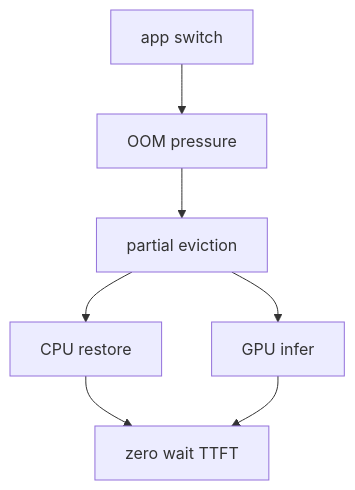
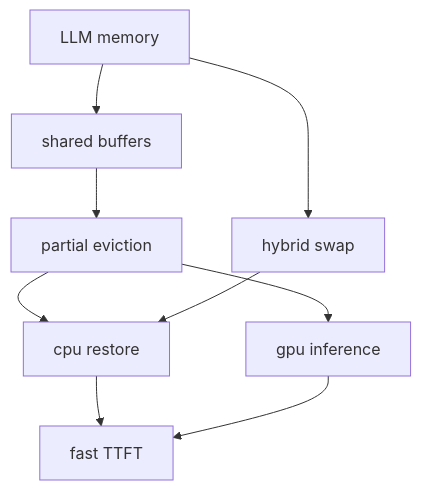
The eighth of 18 diagrams in digests/2026-09-02.md (Solvement/jarvis-digest), drawn with Mermaid before and after one commit. The commit also changed other lines of this file and 4 other files, not shown here.

````diff
--- a/digests/2026-09-02.md
+++ b/digests/2026-09-02.md
@@ -224,9 +224,11 @@
 ```mermaid
 graph TD
-A[app switch] --> B[OOM pressure]
+A[LLM memory] --> B[shared buffers]
 B --> C[partial eviction]
-C --> D[CPU restore]
-C --> E[GPU infer]
-D --> F[zero wait TTFT]
+C --> D[cpu restore]
+C --> E[gpu inference]
+D --> F[fast TTFT]
 E --> F
+A --> G[hybrid swap]
+G --> D
 ```
````
